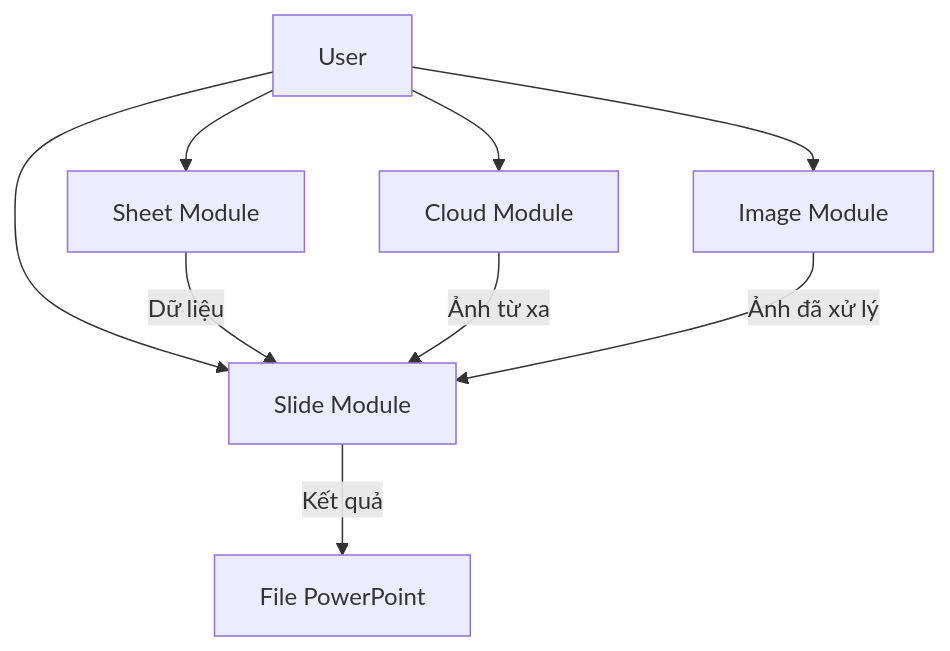
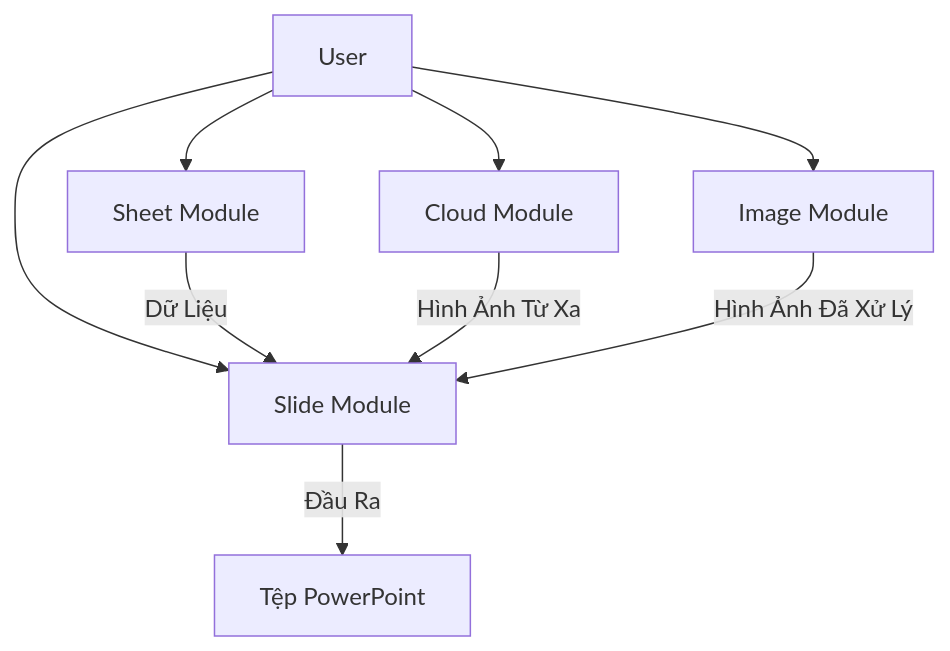
The diagram in docs/vi/overview.md (thnhmai06/SlideGenerator.Framework), drawn with Mermaid before and after one commit. The commit also changed other lines of this file and 46 other files, not shown here.

````diff
--- a/docs/vi/overview.md
+++ b/docs/vi/overview.md
@@ -15,13 +15,13 @@
 ```mermaid
 graph TD
     User --> Sheet[Sheet Module]
     User --> Cloud[Cloud Module]
     User --> Slide[Slide Module]
     User --> Image[Image Module]
     
-    Sheet -->|Dữ liệu| Slide
-    Cloud -->|Ảnh từ xa| Slide
-    Image -->|Ảnh đã xử lý| Slide
+    Sheet -->|Dữ Liệu| Slide
+    Cloud -->|Hình Ảnh Từ Xa| Slide
+    Image -->|Hình Ảnh Đã Xử Lý| Slide
     
-    Slide -->|Kết quả| PPTX[File PowerPoint]
+    Slide -->|Đầu Ra| PPTX[Tệp PowerPoint]
 ```
````
